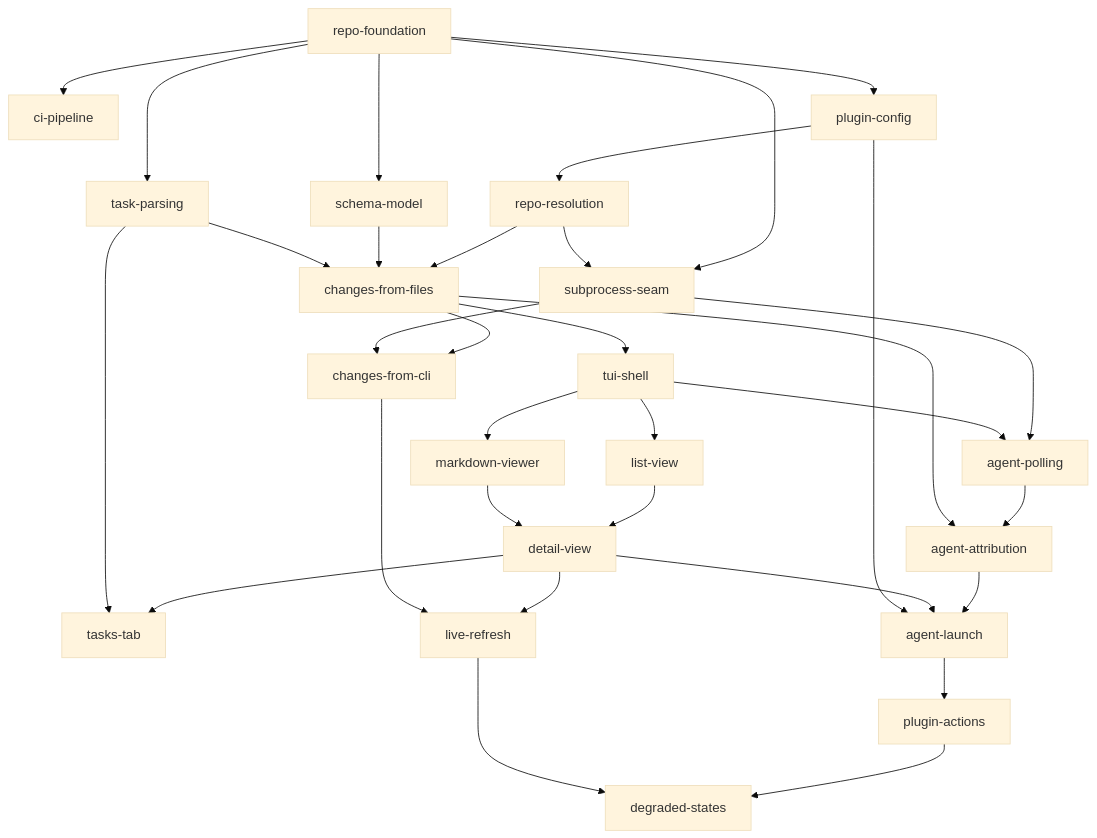
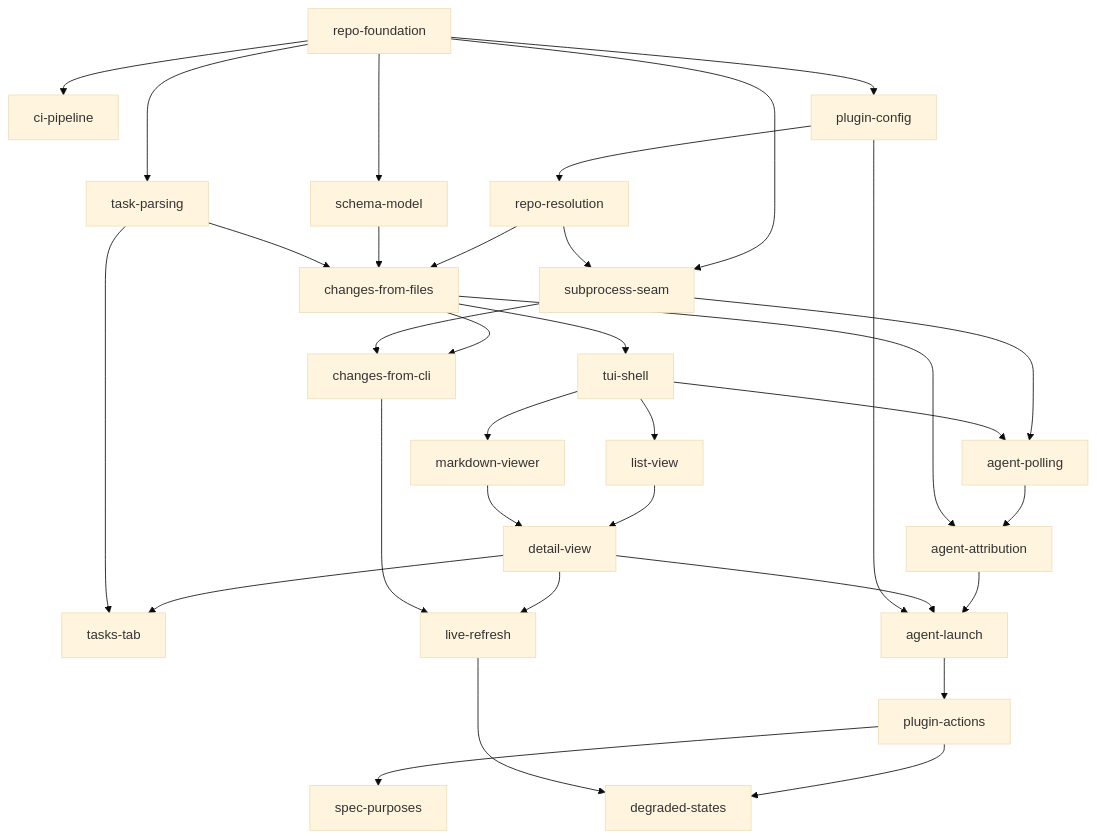
The diagram in openspec/IMPLEMENTATION-ORDER.md (optioni/herdr-openspec), drawn with Mermaid (base theme) before and after one commit. The commit also changed other lines of this file and 1 other file, not shown here.

Commit message:
docs: correct the clippy arity constraint and add a spec-purposes change
too_many_arguments fires at 8, not 7 — measured by removing the crate's
single #[allow] from a 7-parameter function and finding clippy silent.
The claim had been repeated since live-refresh and propagated through
several briefs. The shape decisions it was cited for stand on cohesion
instead, and the #[allow] is vestigial.

Adds spec-purposes to Phase 6: openspec archive leaves a placeholder
Purpose on every capability it creates, so validate --specs --strict
fails on 25 of 37 specs. The specs are part of the deliverable.

Claude-Session: https://claude.ai/code/session_01CKNeUVLtxW9Fz4qks35aP1

````diff
--- a/openspec/IMPLEMENTATION-ORDER.md
+++ b/openspec/IMPLEMENTATION-ORDER.md
@@ -94,34 +95,35 @@
 ```mermaid
 graph TD
   repo-foundation --> ci-pipeline
   repo-foundation --> plugin-config
   repo-foundation --> schema-model
   repo-foundation --> task-parsing
   repo-foundation --> subprocess-seam
   plugin-config --> repo-resolution
   repo-resolution --> changes-from-files
   repo-resolution --> subprocess-seam
   schema-model --> changes-from-files
   task-parsing --> changes-from-files
   changes-from-files --> changes-from-cli
   subprocess-seam --> changes-from-cli
   changes-from-files --> tui-shell
   tui-shell --> list-view
   tui-shell --> markdown-viewer
   list-view --> detail-view
   markdown-viewer --> detail-view
   detail-view --> tasks-tab
   task-parsing --> tasks-tab
   detail-view --> live-refresh
   changes-from-cli --> live-refresh
   subprocess-seam --> agent-polling
   tui-shell --> agent-polling
   agent-polling --> agent-attribution
   changes-from-files --> agent-attribution
   agent-attribution --> agent-launch
   detail-view --> agent-launch
   plugin-config --> agent-launch
   agent-launch --> plugin-actions
+  plugin-actions --> spec-purposes
   plugin-actions --> degraded-states
   live-refresh --> degraded-states
 ```
````
